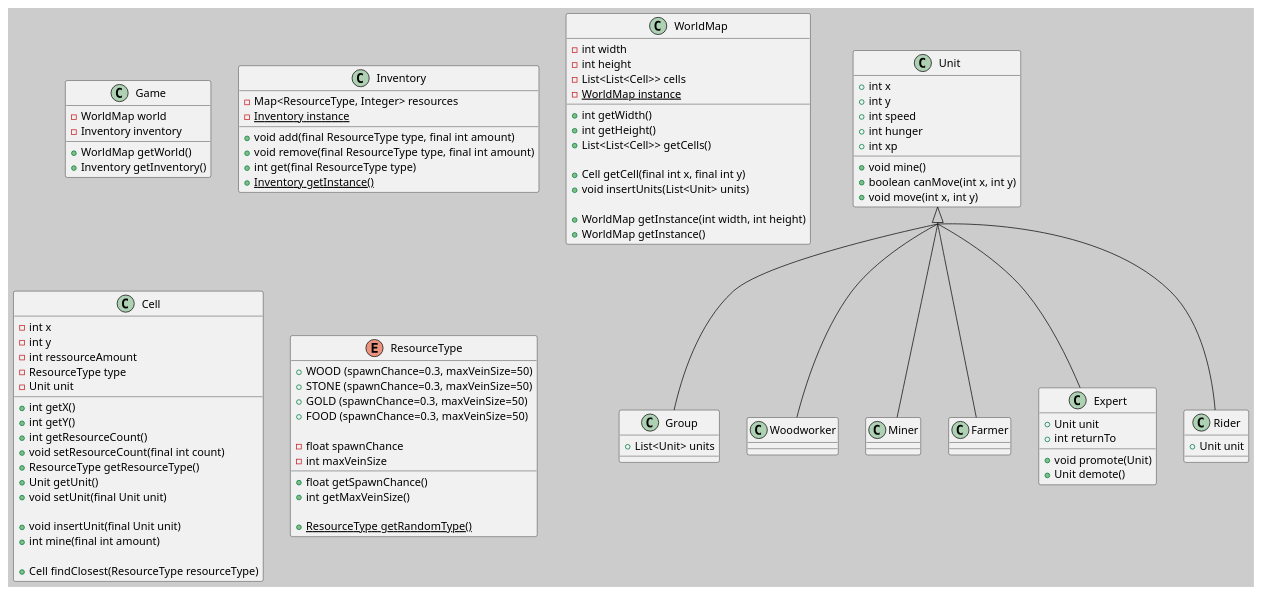
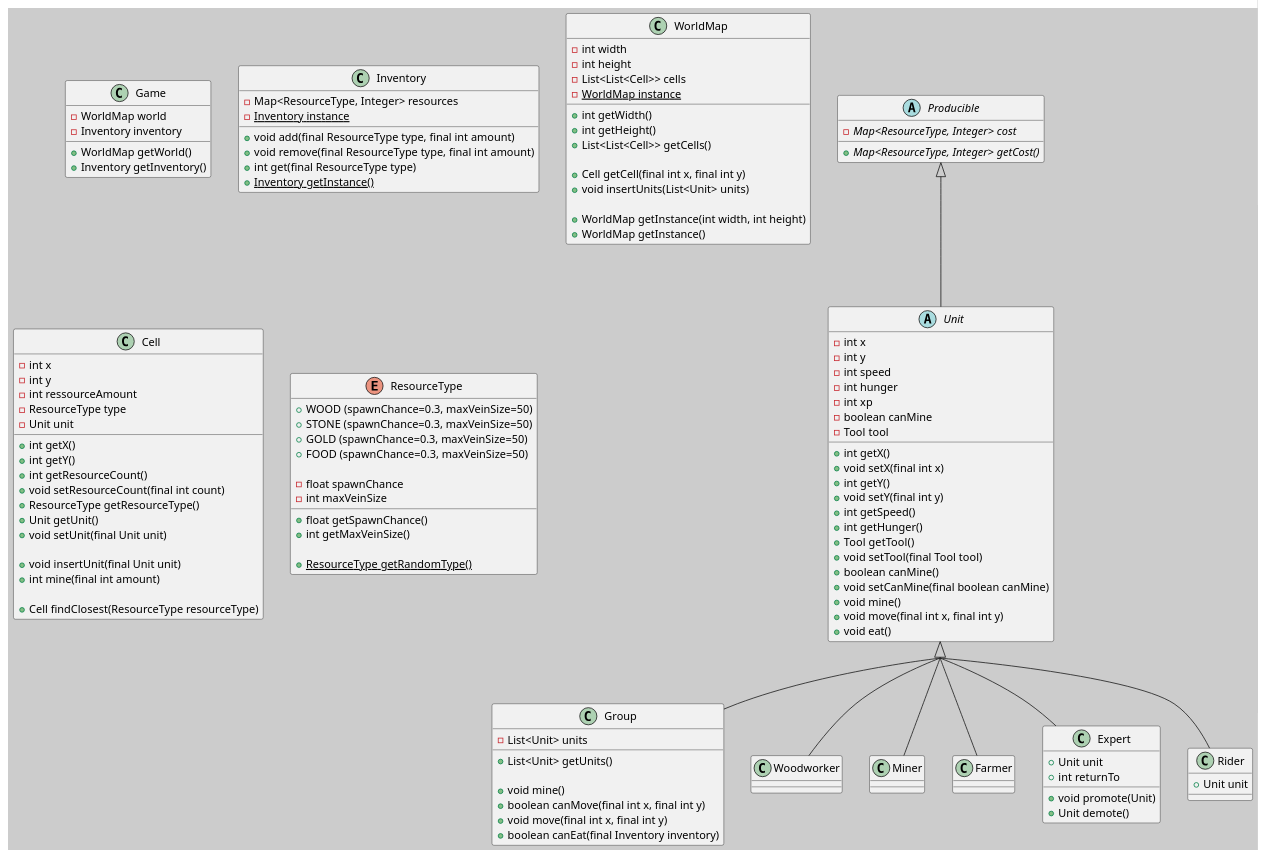
One commit to 17maiga/strategy_game_dp changed the diagram in doc/class.puml. Above: the diagram before and after it, drawn with PlantUML.

Commit message:
Producible abstract class + Unit

```diff
--- a/doc/class.puml
+++ b/doc/class.puml
@@ -1,110 +1,134 @@
 @startuml
 skinparam groupInheritance 2
 skinparam backgroundColor #CCCCCC
 
 class Game {
   -WorldMap world
   -Inventory inventory
 
   +WorldMap getWorld()
   +Inventory getInventory()
 }
 
 class Inventory {
   -Map<ResourceType, Integer> resources
   {static} -Inventory instance
 
   +void add(final ResourceType type, final int amount)
   +void remove(final ResourceType type, final int amount)
   +int get(final ResourceType type)
   {static} +Inventory getInstance()
 }
 
 class WorldMap {
   -int width
   -int height
   -List<List<Cell>> cells
   {static} -WorldMap instance
 
 
   +int getWidth()
   +int getHeight()
   +List<List<Cell>> getCells()
 
   +Cell getCell(final int x, final int y)
   +void insertUnits(List<Unit> units)
 
   +WorldMap getInstance(int width, int height)
   +WorldMap getInstance()
 }
 
 class Cell {
   -int x
   -int y
   -int ressourceAmount
   -ResourceType type
   -Unit unit
 
   +int getX()
   +int getY()
   +int getResourceCount()
   +void setResourceCount(final int count)
   +ResourceType getResourceType()
   +Unit getUnit()
   +void setUnit(final Unit unit)
 
   +void insertUnit(final Unit unit)
   +int mine(final int amount)
 
   +Cell findClosest(ResourceType resourceType)
 }
 
 enum ResourceType {
   {field} +WOOD (spawnChance=0.3, maxVeinSize=50)
   {field} +STONE (spawnChance=0.3, maxVeinSize=50)
   {field} +GOLD (spawnChance=0.3, maxVeinSize=50)
   {field} +FOOD (spawnChance=0.3, maxVeinSize=50)
 
   -float spawnChance
   -int maxVeinSize
 
   +float getSpawnChance()
   +int getMaxVeinSize()
 
   {static} +ResourceType getRandomType()
 }
 
+abstract class Producible {
+  {abstract} -Map<ResourceType, Integer> cost
 
-class Unit {
-  +int x
-  +int y
-  +int speed
-  +int hunger
-  +int xp
+  {abstract} +Map<ResourceType, Integer> getCost()
+}
 
+abstract class Unit extends Producible {
+  -int x
+  -int y
+  -int speed
+  -int hunger
+  -int xp
+  -boolean canMine
+  -Tool tool
+
+  +int getX()
+  +void setX(final int x)
+  +int getY()
+  +void setY(final int y)
+  +int getSpeed()
+  +int getHunger()
+  +Tool getTool()
+  +void setTool(final Tool tool)
+  +boolean canMine()
+  +void setCanMine(final boolean canMine)
   +void mine()
-  +boolean canMove(int x, int y)
-  +void move(int x, int y)
+  +void move(final int x, final int y)
+  +void eat()
 }
 
 class Group extends Unit {
-  +List<Unit> units
+  -List<Unit> units
+
+  +List<Unit> getUnits()
+
+  +void mine()
+  +boolean canMove(final int x, final int y)
+  +void move(final int x, final int y)
+  +boolean canEat(final Inventory inventory)
 }
 
 class Woodworker extends Unit {}
 class Miner extends Unit {}
 class Farmer extends Unit {}
 
 class Expert extends Unit {
   +Unit unit
   +int returnTo
 
   +void promote(Unit)
   +Unit demote()
 }
 
 class Rider extends Unit {
   +Unit unit
 }
 
 @enduml
```
